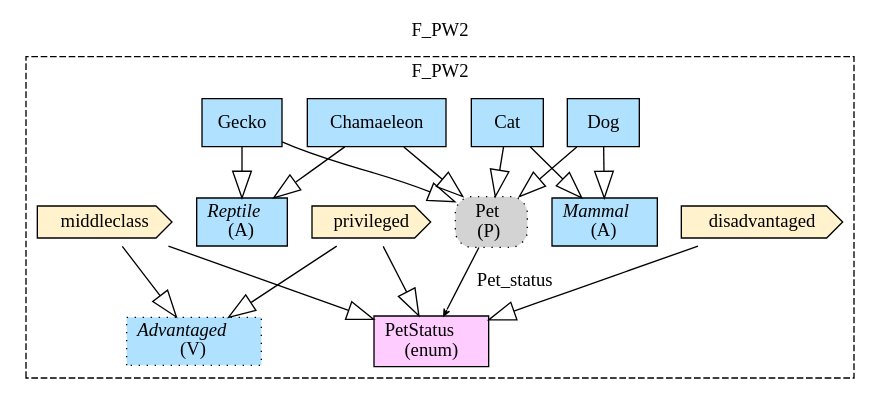
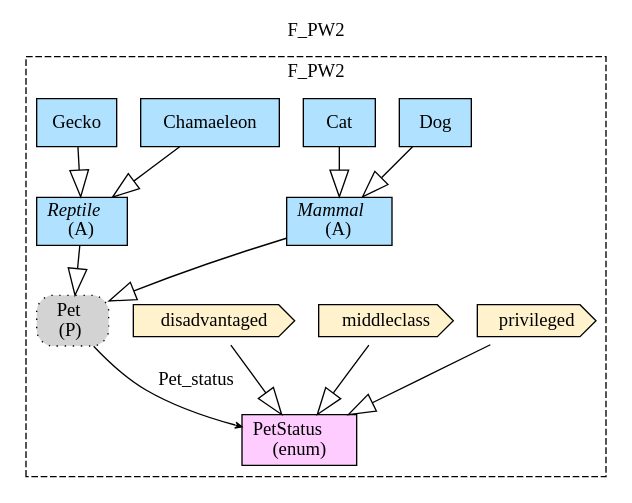
The diagram in Haskell/FragmentaTests/PetsWorld/img/F_PW2.gv (namalio/Fragmenta), drawn with Graphviz before and after one commit. The commit also changed 36 other files, not shown here.

```diff
--- a/Haskell/FragmentaTests/PetsWorld/img/F_PW2.gv
+++ b/Haskell/FragmentaTests/PetsWorld/img/F_PW2.gv
@@ -1,33 +1,28 @@
 digraph {graph[label=F_PW2,labelloc=tl,labelfontsize=12];
 subgraph cluster_F_PW2{style=dashed;label=F_PW2;
+"privileged"[shape=cds,fillcolor="#FFF2CC",style = filled,label="privileged"];
+"middleclass"[shape=cds,fillcolor="#FFF2CC",style = filled,label="middleclass"];
 "disadvantaged"[shape=cds,fillcolor="#FFF2CC",style = filled,label="disadvantaged"];
 "PetStatus"[shape=record,fillcolor="#FFCCFF",style = filled,label="PetStatus\l(enum)"];
 "PPet"[shape=box,fillcolor=lightgray,style ="rounded,filled,dotted",label=<Pet<br/>(P)>];
 "Dog"[shape=record,fillcolor=lightskyblue1,style = filled,label="Dog"];
 "Cat"[shape=record,fillcolor=lightskyblue1,style = filled,label="Cat"];
 "Mammal"[shape=record,fillcolor=lightskyblue1,style = filled,label=<{<I>Mammal</I><br/>(A)}>];
 "Chamaeleon"[shape=record,fillcolor=lightskyblue1,style = filled,label="Chamaeleon"];
 "Gecko"[shape=record,fillcolor=lightskyblue1,style = filled,label="Gecko"];
 "Reptile"[shape=record,fillcolor=lightskyblue1,style = filled,label=<{<I>Reptile</I><br/>(A)}>];
-"privileged"[shape=cds,fillcolor="#FFF2CC",style = filled,label="privileged"];
-"middleclass"[shape=cds,fillcolor="#FFF2CC",style = filled,label="middleclass"];
-"Advantaged"[shape=record,fillcolor=lightskyblue1,style ="filled,dotted",label=<{<I>Advantaged</I><br/>(V)}>];
 
 "privileged"->"PetStatus"[arrowhead=onormal,arrowsize=2.0];
 "middleclass"->"PetStatus"[arrowhead=onormal,arrowsize=2.0];
 "disadvantaged"->"PetStatus"[arrowhead=onormal,arrowsize=2.0];
 "PPet"->"PetStatus"[label="Pet_status",arrowhead=vee,headlabel="",arrowsize=.5];
-"Dog"->"PPet"[arrowhead=onormal,arrowsize=2.0];
-"Cat"->"PPet"[arrowhead=onormal,arrowsize=2.0];
-"Chamaeleon"->"PPet"[arrowhead=onormal,arrowsize=2.0];
-"Gecko"->"PPet"[arrowhead=onormal,arrowsize=2.0];
+"Mammal"->"PPet"[arrowhead=onormal,arrowsize=2.0];
+"Reptile"->"PPet"[arrowhead=onormal,arrowsize=2.0];
 "Dog"->"Mammal"[arrowhead=onormal,arrowsize=2.0];
 "Cat"->"Mammal"[arrowhead=onormal,arrowsize=2.0];
 "Chamaeleon"->"Reptile"[arrowhead=onormal,arrowsize=2.0];
 "Gecko"->"Reptile"[arrowhead=onormal,arrowsize=2.0];
-"privileged"->"Advantaged"[arrowhead=onormal,arrowsize=2.0];
-"middleclass"->"Advantaged"[arrowhead=onormal,arrowsize=2.0];
 
 }
 
 }
```
